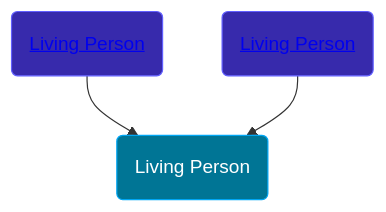
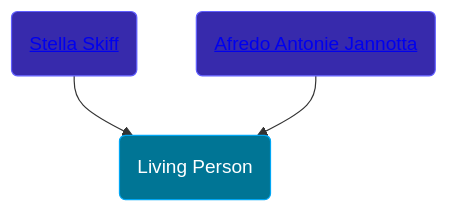
The diagram in pages/people/5/52175257.md (wpmgotkh/wpmgotkh.github.io), drawn with Mermaid before and after one commit. The commit also changed other lines of this file and 586 other files, not shown here.

Commit message:
feat: better shouldConsiderPersonLiving algo

````diff
--- a/pages/people/5/52175257.md
+++ b/pages/people/5/52175257.md
@@ -10,9 +10,9 @@
 ```mermaid
 graph
 classDef grands fill:#193cb8,stroke:#2b7fff,stroke-width:1px,color:#fff;
 classDef parents fill:#372aac,stroke:#615fff,stroke-width:1px,color:#fff;
 classDef primary fill:#007595,stroke:#00a6f4,stroke-width:1px,color:#fff;
 52175257(Living Person):::primary
-25419360(<a class="text-white" href="/people/2/25419360">Living Person</a>):::parents-->52175257
-32628546(<a class="text-white" href="/people/3/32628546">Living Person</a>):::parents-->52175257
+25419360(<a class="text-white" href="/people/2/25419360">Stella Skiff</a>):::parents-->52175257
+32628546(<a class="text-white" href="/people/3/32628546">Afredo Antonie Jannotta</a>):::parents-->52175257
 ```
````
